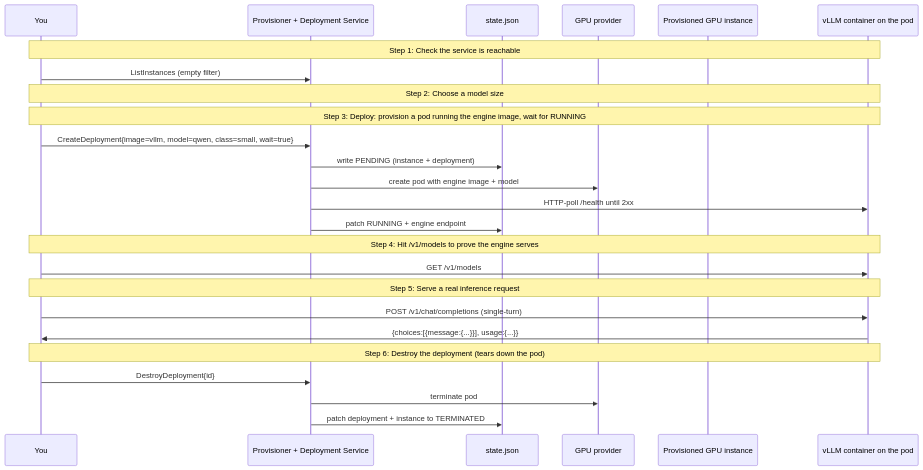
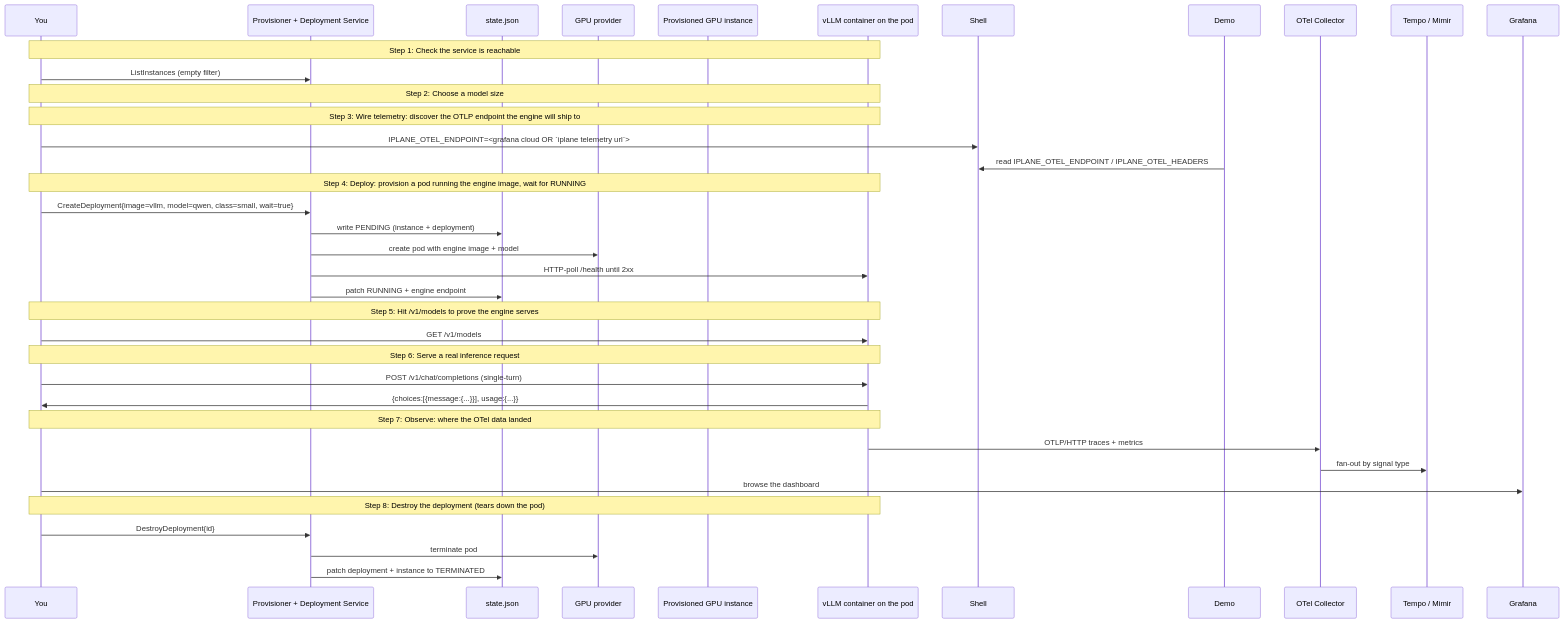
The diagram in examples/provisioning/03-deploy-end-to-end/RUN.md (inference-book/inference-plane), drawn with Mermaid before and after one commit. The commit also changed other lines of this file and 7 other files, not shown here.

First line of the commit message:
feat(telemetry): seed Phase 3 — propagate OTLP endpoint to engine pods

````diff
--- a/examples/provisioning/03-deploy-end-to-end/RUN.md
+++ b/examples/provisioning/03-deploy-end-to-end/RUN.md
@@ -16,33 +18,42 @@
 ```mermaid
 sequenceDiagram
     participant Operator as You
     participant iplane as Provisioner + Deployment Service
     participant State as state.json
     participant RunPod as GPU provider
     participant Pod as Provisioned GPU instance
     participant Engine as vLLM container on the pod
 
     Note over Operator,Engine: Step 1: Check the service is reachable
     Operator->>iplane: ListInstances (empty filter)
 
     Note over Operator,Engine: Step 2: Choose a model size
 
-    Note over Operator,Engine: Step 3: Deploy: provision a pod running the engine image, wait for RUNNING
+    Note over Operator,Engine: Step 3: Wire telemetry: discover the OTLP endpoint the engine will ship to
+    Operator->>Shell: IPLANE_OTEL_ENDPOINT=<grafana cloud OR `iplane telemetry url`>
+    Demo->>Shell: read IPLANE_OTEL_ENDPOINT / IPLANE_OTEL_HEADERS
+
+    Note over Operator,Engine: Step 4: Deploy: provision a pod running the engine image, wait for RUNNING
     Operator->>iplane: CreateDeployment{image=vllm, model=qwen, class=small, wait=true}
     iplane->>State: write PENDING (instance + deployment)
     iplane->>RunPod: create pod with engine image + model
     iplane->>Engine: HTTP-poll /health until 2xx
     iplane->>State: patch RUNNING + engine endpoint
 
-    Note over Operator,Engine: Step 4: Hit /v1/models to prove the engine serves
+    Note over Operator,Engine: Step 5: Hit /v1/models to prove the engine serves
     Operator->>Engine: GET /v1/models
 
-    Note over Operator,Engine: Step 5: Serve a real inference request
+    Note over Operator,Engine: Step 6: Serve a real inference request
     Operator->>Engine: POST /v1/chat/completions (single-turn)
     Engine->>Operator: {choices:[{message:{...}}], usage:{...}}
 
-    Note over Operator,Engine: Step 6: Destroy the deployment (tears down the pod)
+    Note over Operator,Engine: Step 7: Observe: where the OTel data landed
+    Engine->>OTel Collector: OTLP/HTTP traces + metrics
+    OTel Collector->>Tempo / Mimir: fan-out by signal type
+    Operator->>Grafana: browse the dashboard
+
+    Note over Operator,Engine: Step 8: Destroy the deployment (tears down the pod)
     Operator->>iplane: DestroyDeployment{id}
     iplane->>RunPod: terminate pod
     iplane->>State: patch deployment + instance to TERMINATED
 ```
````
